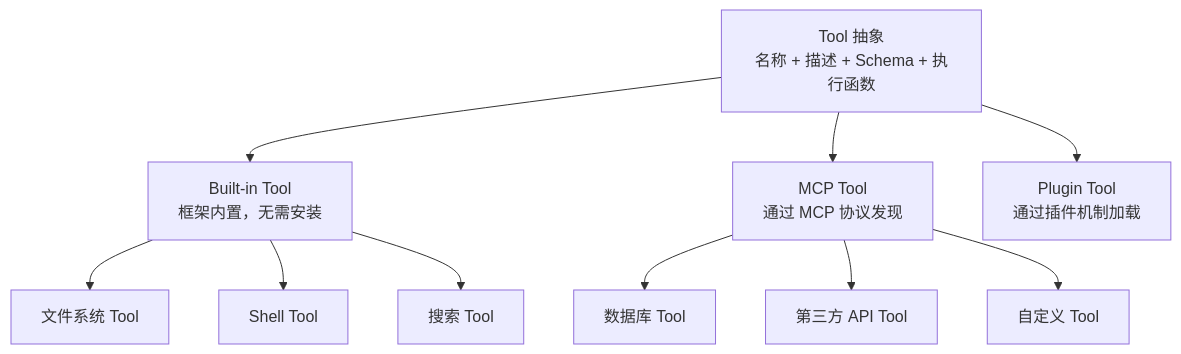
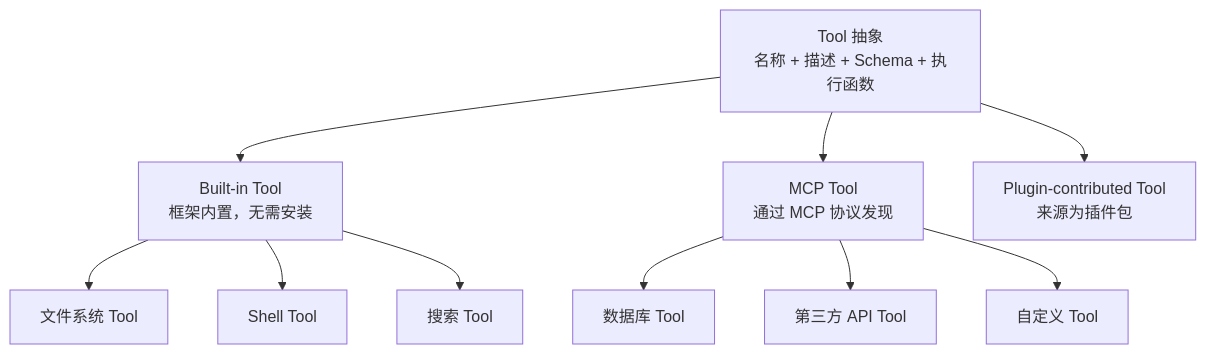
Before and after one commit to dollarser/modern-ai-agent-architecture: the second of 3 diagrams in docs/chapters/06-tools-function-calling/README.md, drawn with Mermaid. The commit also changed other lines of this file and 132 other files, not shown here.

Commit message:
Finalize AI Agent book architecture and release preparation

````diff
--- a/docs/chapters/06-tools-function-calling/README.md
+++ b/docs/chapters/06-tools-function-calling/README.md
@@ -101,12 +101,12 @@
 ```mermaid
 graph TD
     TA[Tool 抽象<br/>名称 + 描述 + Schema + 执行函数] --> BT[Built-in Tool<br/>框架内置，无需安装]
     TA --> MCPT[MCP Tool<br/>通过 MCP 协议发现]
-    TA --> PT[Plugin Tool<br/>通过插件机制加载]
+    TA --> PT[Plugin-contributed Tool<br/>来源为插件包]
     BT --> FS[文件系统 Tool]
     BT --> SH[Shell Tool]
     BT --> SE[搜索 Tool]
     MCPT --> DB[数据库 Tool]
     MCPT --> API[第三方 API Tool]
     MCPT --> Custom[自定义 Tool]
 ```
````
